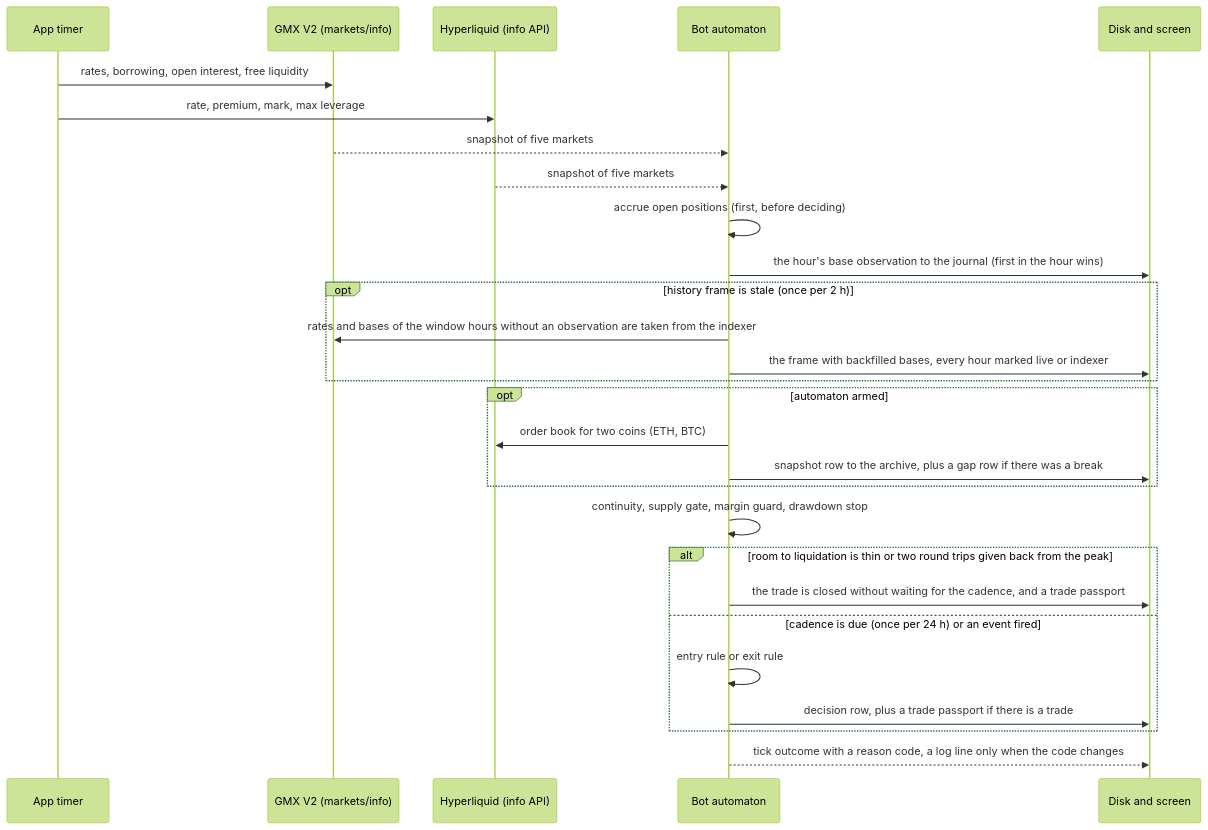
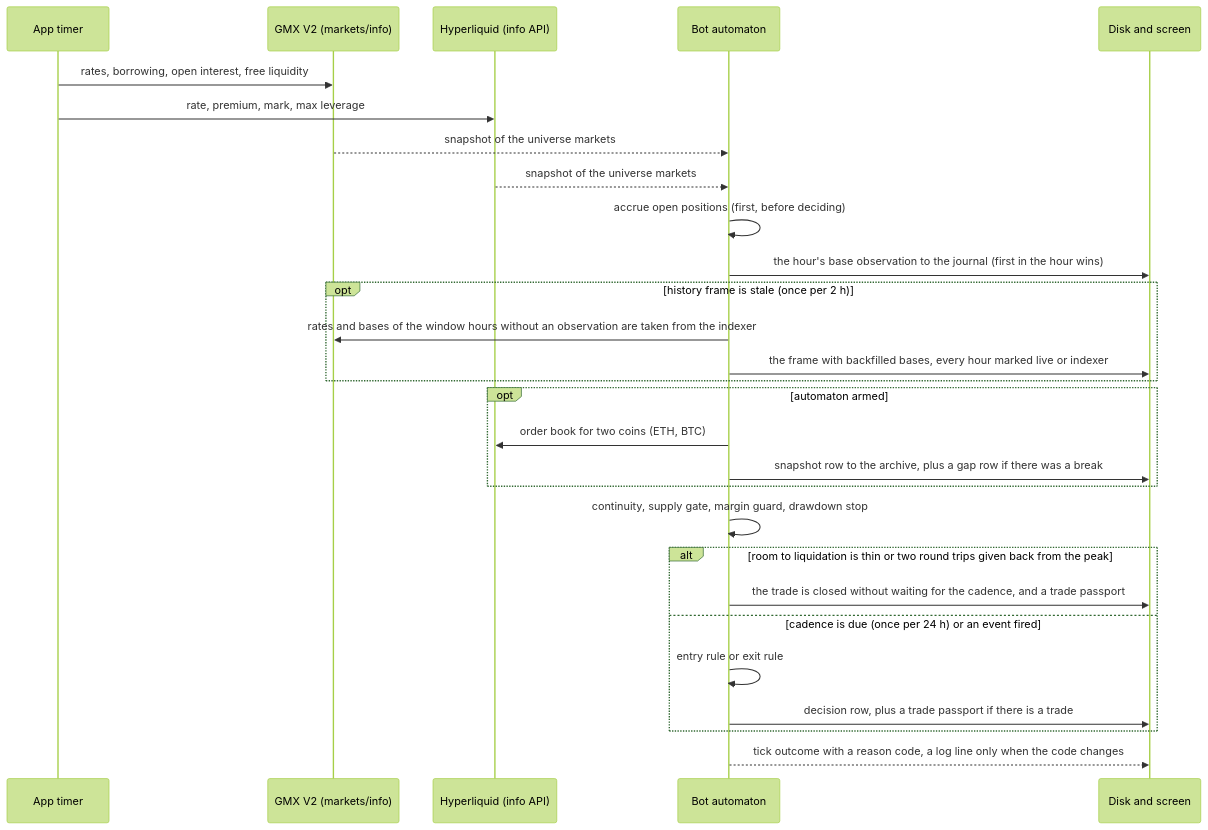
Before and after one commit to hamiltonalex/botLab: the second of 8 diagrams in botLab-desktop/docs/bot1-funding-arb-how-it-works.en.md, drawn with Mermaid (forest theme). The commit also changed other lines of this file and 5 other files, not shown here.

````diff
--- a/botLab-desktop/docs/bot1-funding-arb-how-it-works.en.md
+++ b/botLab-desktop/docs/bot1-funding-arb-how-it-works.en.md
@@ -140,30 +157,30 @@
 ```mermaid
 sequenceDiagram
     participant T as App timer
     participant G as GMX V2 (markets/info)
     participant H as Hyperliquid (info API)
     participant E as Bot automaton
     participant D as Disk and screen
     T->>G: rates, borrowing, open interest, free liquidity
     T->>H: rate, premium, mark, max leverage
-    G-->>E: snapshot of five markets
-    H-->>E: snapshot of five markets
+    G-->>E: snapshot of the universe markets
+    H-->>E: snapshot of the universe markets
     E->>E: accrue open positions (first, before deciding)
     E->>D: the hour's base observation to the journal (first in the hour wins)
     opt history frame is stale (once per 2 h)
         E->>G: rates and bases of the window hours without an observation are taken from the indexer
         E->>D: the frame with backfilled bases, every hour marked live or indexer
     end
     opt automaton armed
         E->>H: order book for two coins (ETH, BTC)
         E->>D: snapshot row to the archive, plus a gap row if there was a break
     end
     E->>E: continuity, supply gate, margin guard, drawdown stop
     alt room to liquidation is thin or two round trips given back from the peak
         E->>D: the trade is closed without waiting for the cadence, and a trade passport
     else cadence is due (once per 24 h) or an event fired
         E->>E: entry rule or exit rule
         E->>D: decision row, plus a trade passport if there is a trade
     end
     E-->>D: tick outcome with a reason code, a log line only when the code changes
 ```
````
